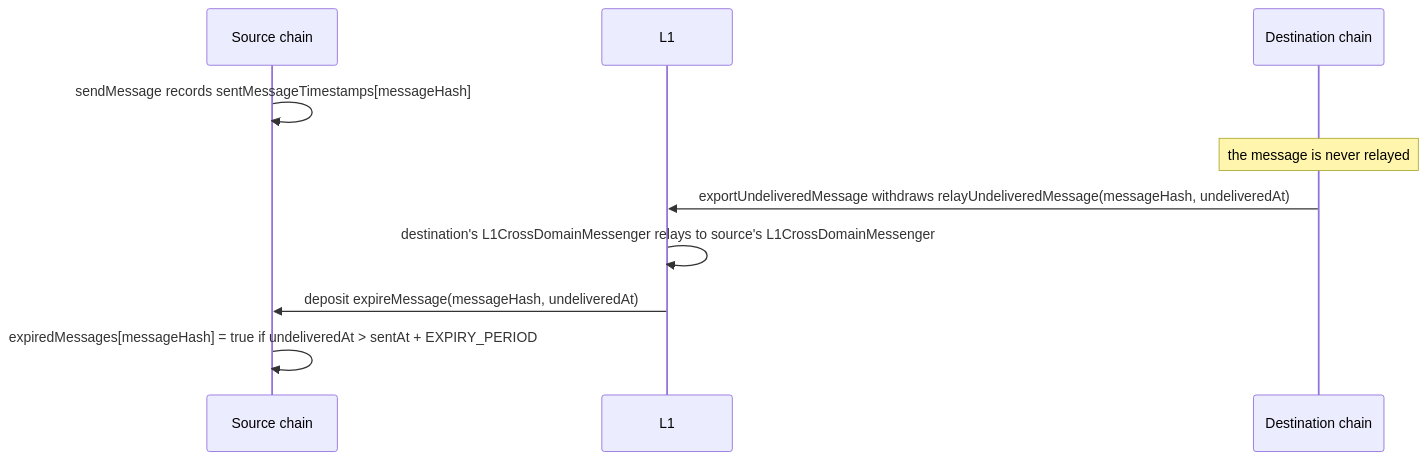
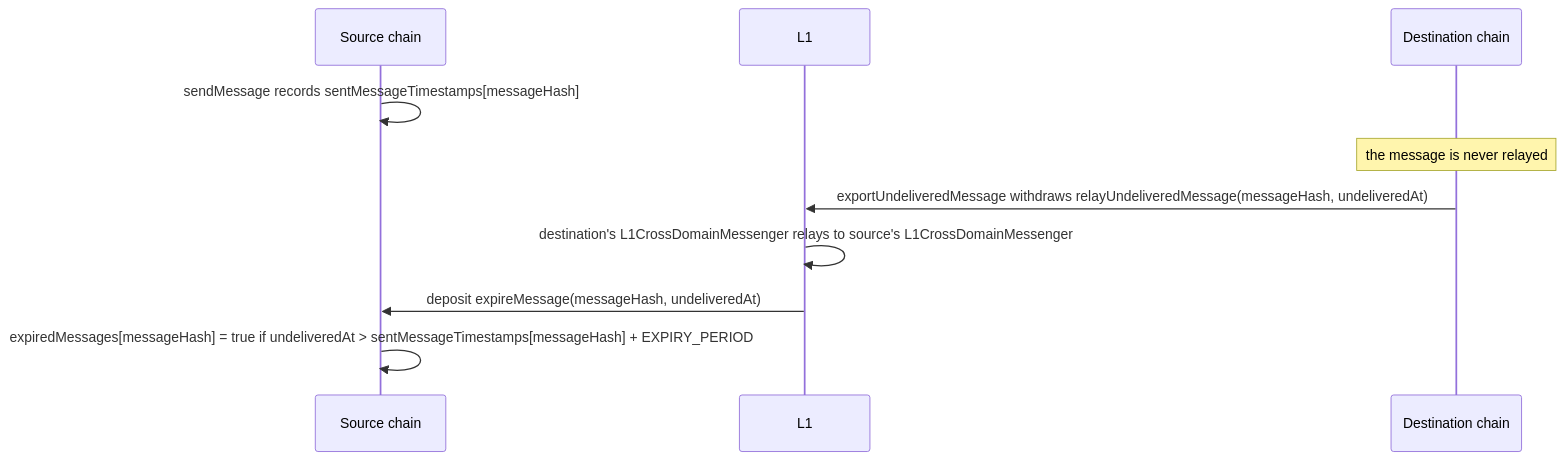
One commit to ethereum-optimism/specs changed the diagram in specs/interop/message-expiry.md. Above: the diagram before and after it, drawn with Mermaid. The commit also changed other lines of this file and 4 other files, not shown here.

First line of the commit message:
interop: address review findings on message expiry

````diff
--- a/specs/interop/message-expiry.md
+++ b/specs/interop/message-expiry.md
@@ -74,12 +81,12 @@
 ```mermaid
 sequenceDiagram
     participant Source as Source chain
     participant L1 as L1
     participant Dest as Destination chain
     Source->>Source: sendMessage records sentMessageTimestamps[messageHash]
     Note over Dest: the message is never relayed
     Dest->>L1: exportUndeliveredMessage withdraws relayUndeliveredMessage(messageHash, undeliveredAt)
     L1->>L1: destination's L1CrossDomainMessenger relays to source's L1CrossDomainMessenger
     L1->>Source: deposit expireMessage(messageHash, undeliveredAt)
-    Source->>Source: expiredMessages[messageHash] = true if undeliveredAt > sentAt + EXPIRY_PERIOD
+    Source->>Source: expiredMessages[messageHash] = true if undeliveredAt > sentMessageTimestamps[messageHash] + EXPIRY_PERIOD
 ```
````
